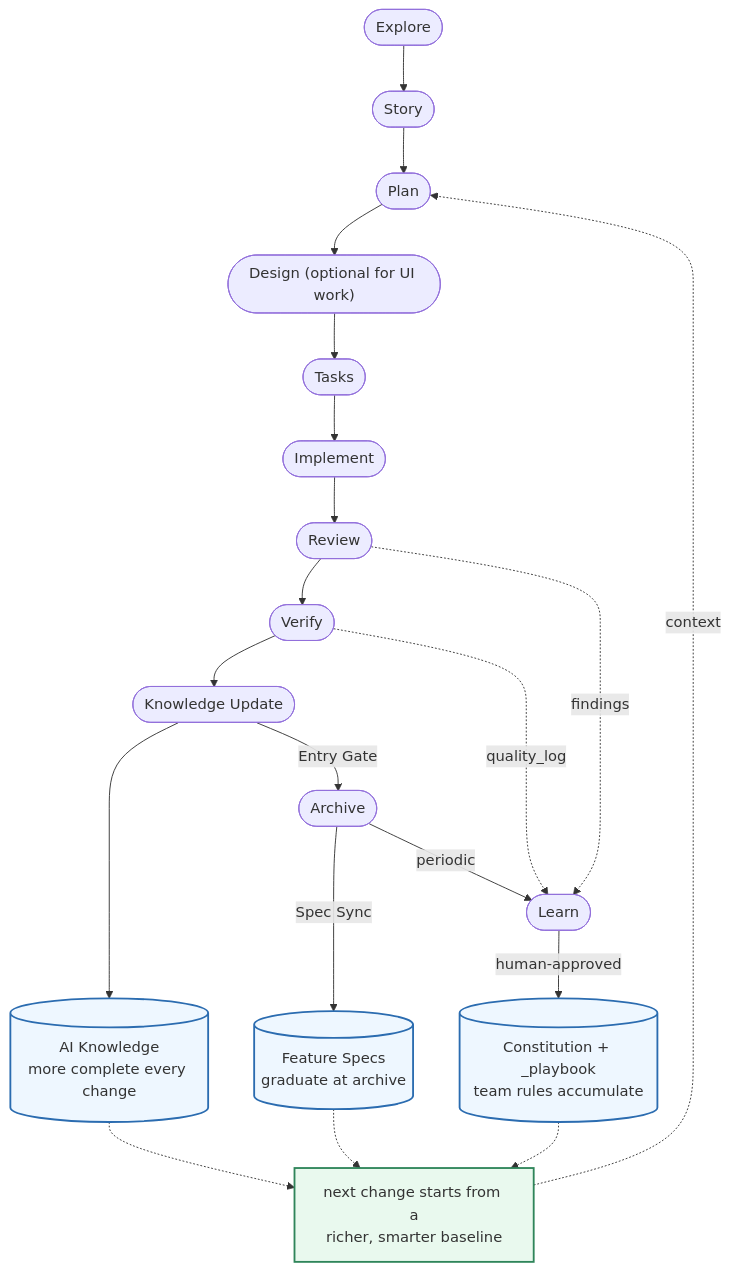
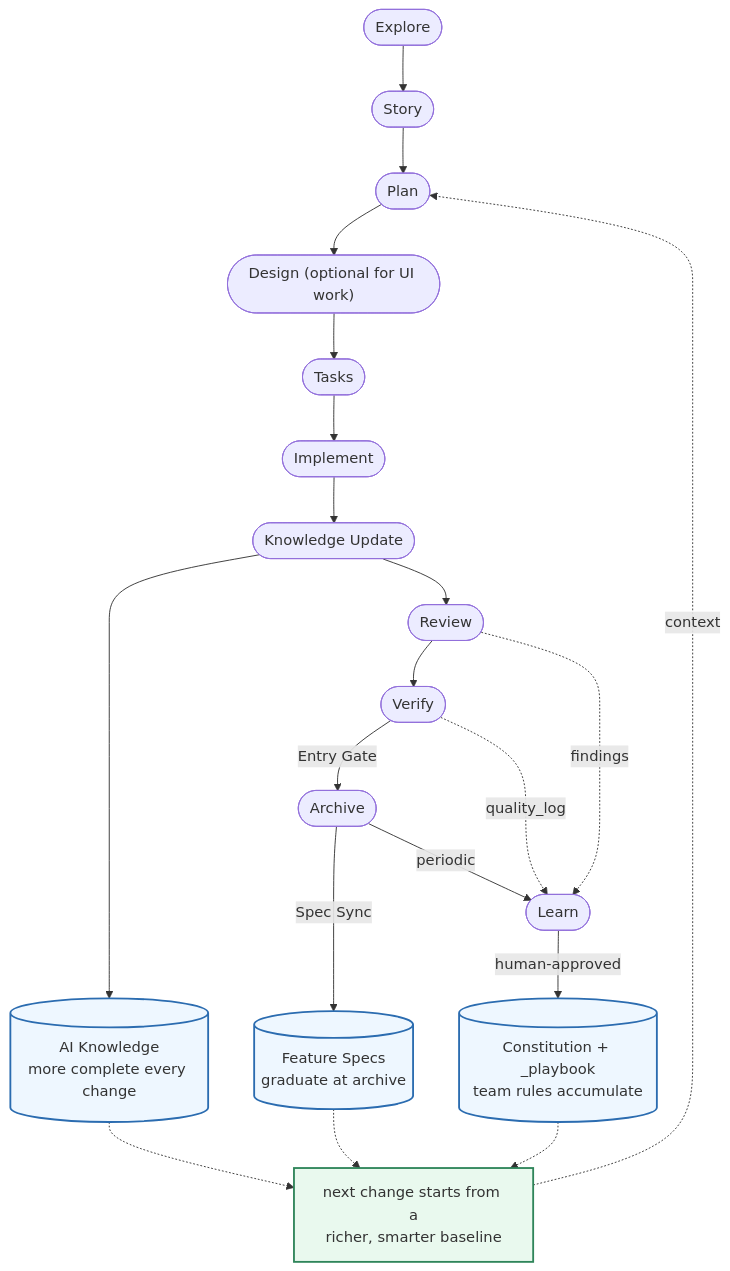
The diagram in docs/concepts/how-it-works.md (benwu95/prospec), drawn with Mermaid before and after one commit. The commit also changed 79 other files, not shown here.

First line of the commit message:
feat(lifecycle): sync Knowledge before the final test record and review baseline

````diff
--- a/docs/concepts/how-it-works.md
+++ b/docs/concepts/how-it-works.md
@@ -6,21 +6,21 @@
 ```mermaid
 flowchart TD
-    E([Explore]) --> S([Story]) --> P([Plan]) --> D(["Design (optional for UI work)"]) --> T([Tasks]) --> I([Implement]) --> R([Review]) --> V([Verify]) --> KU([Knowledge Update]) -- Entry Gate --> A([Archive]) -- periodic --> L([Learn])
+    E([Explore]) --> S([Story]) --> P([Plan]) --> D(["Design (optional for UI work)"]) --> T([Tasks]) --> I([Implement]) --> KU([Knowledge Update]) --> R([Review]) --> V([Verify]) -- Entry Gate --> A([Archive]) -- periodic --> L([Learn])
 
     V -. quality_log .-> L
     R -. findings .-> L
     L -- human-approved --> RULES[("Constitution + _playbook<br/>team rules accumulate")]
 
     KU --> AK[("AI Knowledge<br/>more complete every change")]
     A -- Spec Sync --> FS[("Feature Specs<br/>graduate at archive")]
 
     AK -.-> NEXT["next change starts from a<br/>richer, smarter baseline"]
     FS -.-> NEXT
     RULES -.-> NEXT
     NEXT -. context .-> P
 
     classDef asset fill:#eef7ff,stroke:#2b6cb0,stroke-width:2px;
     classDef gain fill:#e9f9ee,stroke:#2f855a,stroke-width:2px;
     class AK,FS,RULES asset;
     class NEXT gain;
 ```
````
